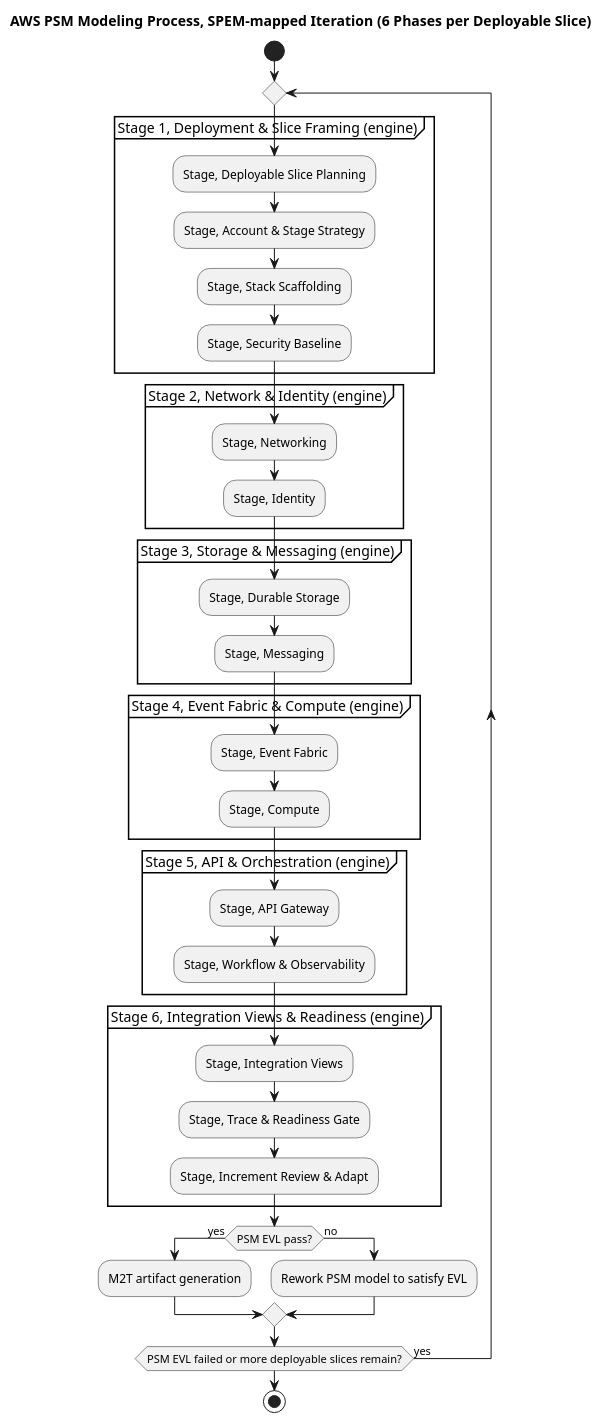
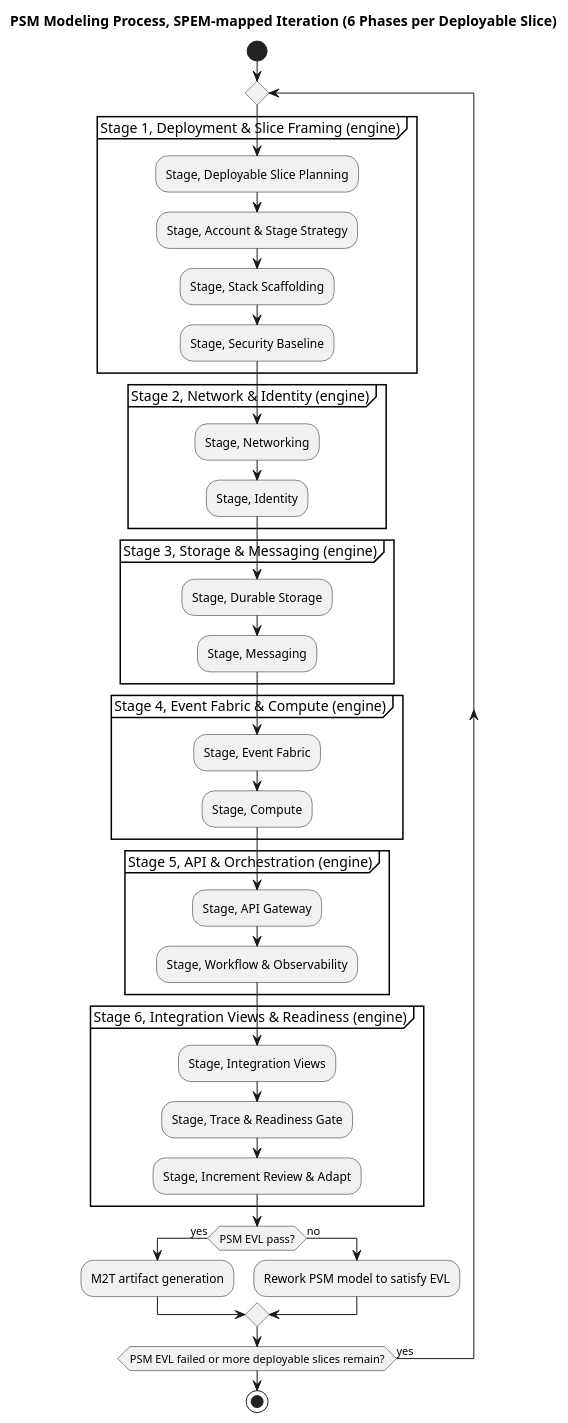
The diagram in mde/process/method/spem/views/psm-process.activity.puml (mehdieidi/modriss), drawn with PlantUML before and after one commit. The commit also changed 193 other files, not shown here.

Commit message:
docs: change aws psm to psm

```diff
--- a/mde/process/method/spem/views/psm-process.activity.puml
+++ b/mde/process/method/spem/views/psm-process.activity.puml
@@ -1,39 +1,39 @@
 @startuml psm-process
-title AWS PSM Modeling Process, SPEM-mapped Iteration (6 Phases per Deployable Slice)
+title PSM Modeling Process, SPEM-mapped Iteration (6 Phases per Deployable Slice)
 start
 repeat
   partition "Stage 1, Deployment & Slice Framing (engine)" {
     :Stage, Deployable Slice Planning;
     :Stage, Account & Stage Strategy;
     :Stage, Stack Scaffolding;
     :Stage, Security Baseline;
   }
   partition "Stage 2, Network & Identity (engine)" {
     :Stage, Networking;
     :Stage, Identity;
   }
   partition "Stage 3, Storage & Messaging (engine)" {
     :Stage, Durable Storage;
     :Stage, Messaging;
   }
   partition "Stage 4, Event Fabric & Compute (engine)" {
     :Stage, Event Fabric;
     :Stage, Compute;
   }
   partition "Stage 5, API & Orchestration (engine)" {
     :Stage, API Gateway;
     :Stage, Workflow & Observability;
   }
   partition "Stage 6, Integration Views & Readiness (engine)" {
     :Stage, Integration Views;
     :Stage, Trace & Readiness Gate;
     :Stage, Increment Review & Adapt;
   }
   if (PSM EVL pass?) then (yes)
     :M2T artifact generation;
   else (no)
     :Rework PSM model to satisfy EVL;
   endif
 repeat while (PSM EVL failed or more deployable slices remain?) is (yes)
 stop
 @enduml
```
